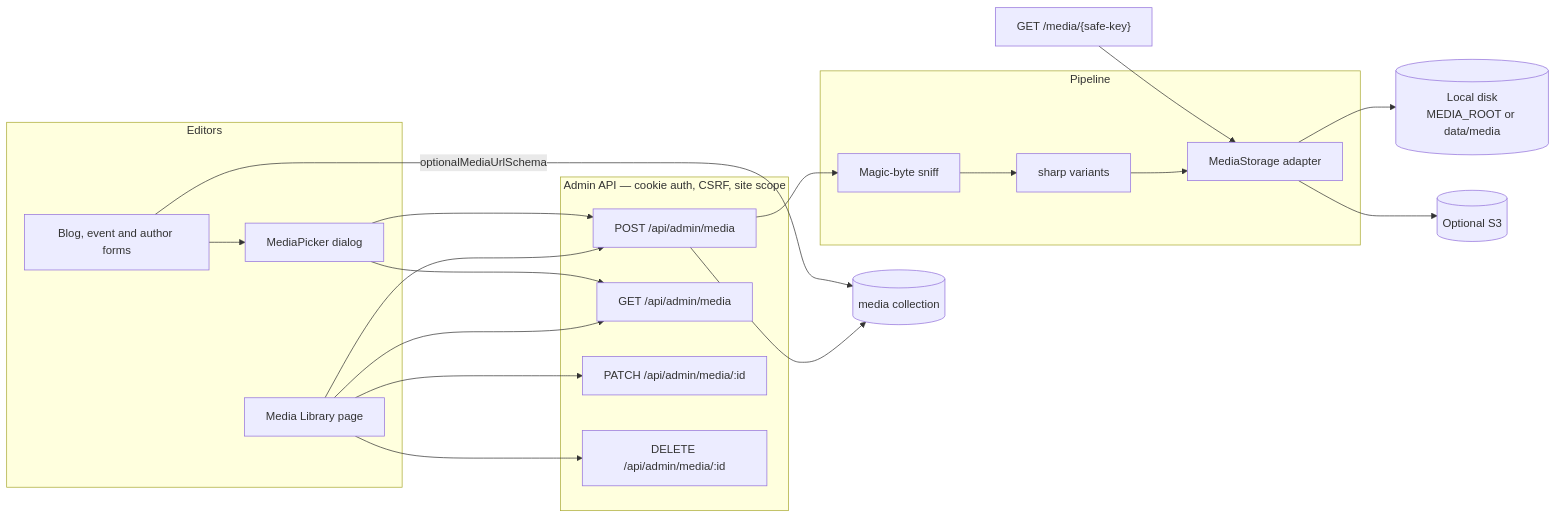
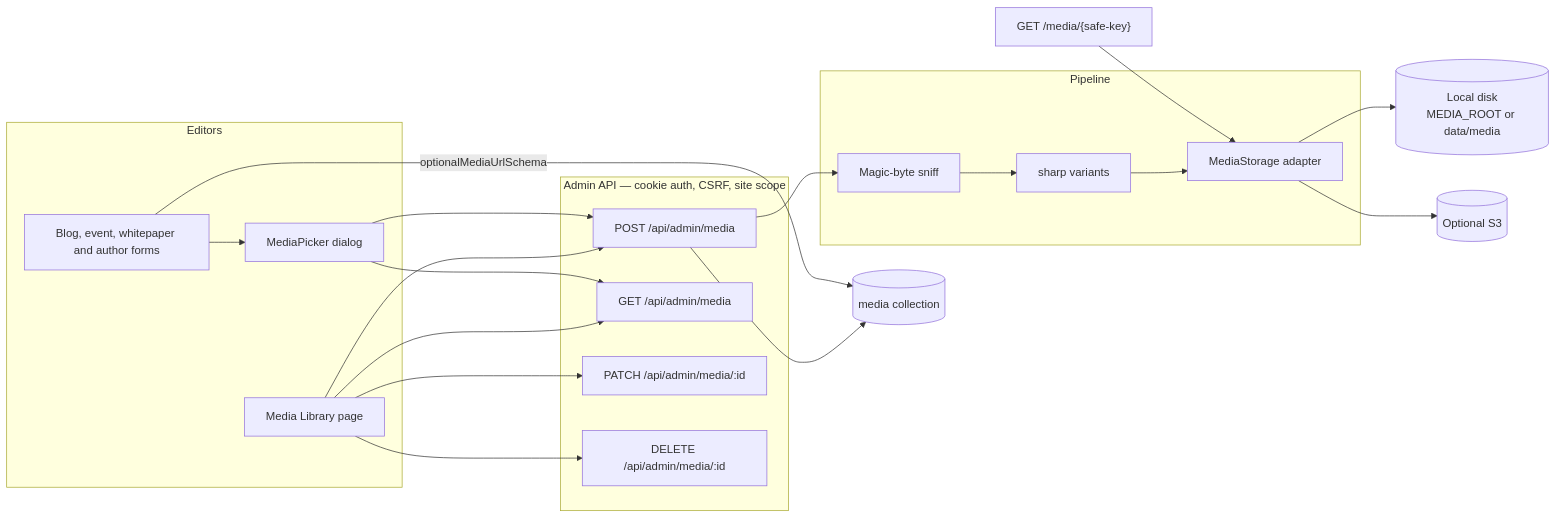
One commit to Ranbir5ingh/CogCMS changed the first of 2 diagrams in README.md. Above: the diagram before and after it, drawn with Mermaid. The commit also changed other lines of this file and 4 other files, not shown here.

````diff
--- a/README.md
+++ b/README.md
@@ -66,37 +75,37 @@
 ```mermaid
 flowchart LR
   subgraph Editors
     Library["Media Library page"]
     Picker["MediaPicker dialog"]
-    Forms["Blog, event and author forms"]
+    Forms["Blog, event, whitepaper and author forms"]
   end
   subgraph AdminAPI["Admin API — cookie auth, CSRF, site scope"]
     POST["POST /api/admin/media"]
     GET["GET /api/admin/media"]
     PATCH["PATCH /api/admin/media/:id"]
     DEL["DELETE /api/admin/media/:id"]
   end
   subgraph Pipeline
     Magic["Magic-byte sniff"]
     Sharp["sharp variants"]
     Adapter["MediaStorage adapter"]
   end
   Disk[("Local disk\nMEDIA_ROOT or data/media")]
   S3[("Optional S3")]
   Mongo[("media collection")]
   Public["GET /media/{safe-key}"]
 
   Forms --> Picker
   Library --> POST
   Library --> GET
   Library --> PATCH
   Library --> DEL
   Picker --> POST
   Picker --> GET
   POST --> Magic --> Sharp --> Adapter
   Adapter --> Disk
   Adapter --> S3
   POST --> Mongo
   Public --> Adapter
   Forms -->|"optionalMediaUrlSchema"| Mongo
 ```
````
